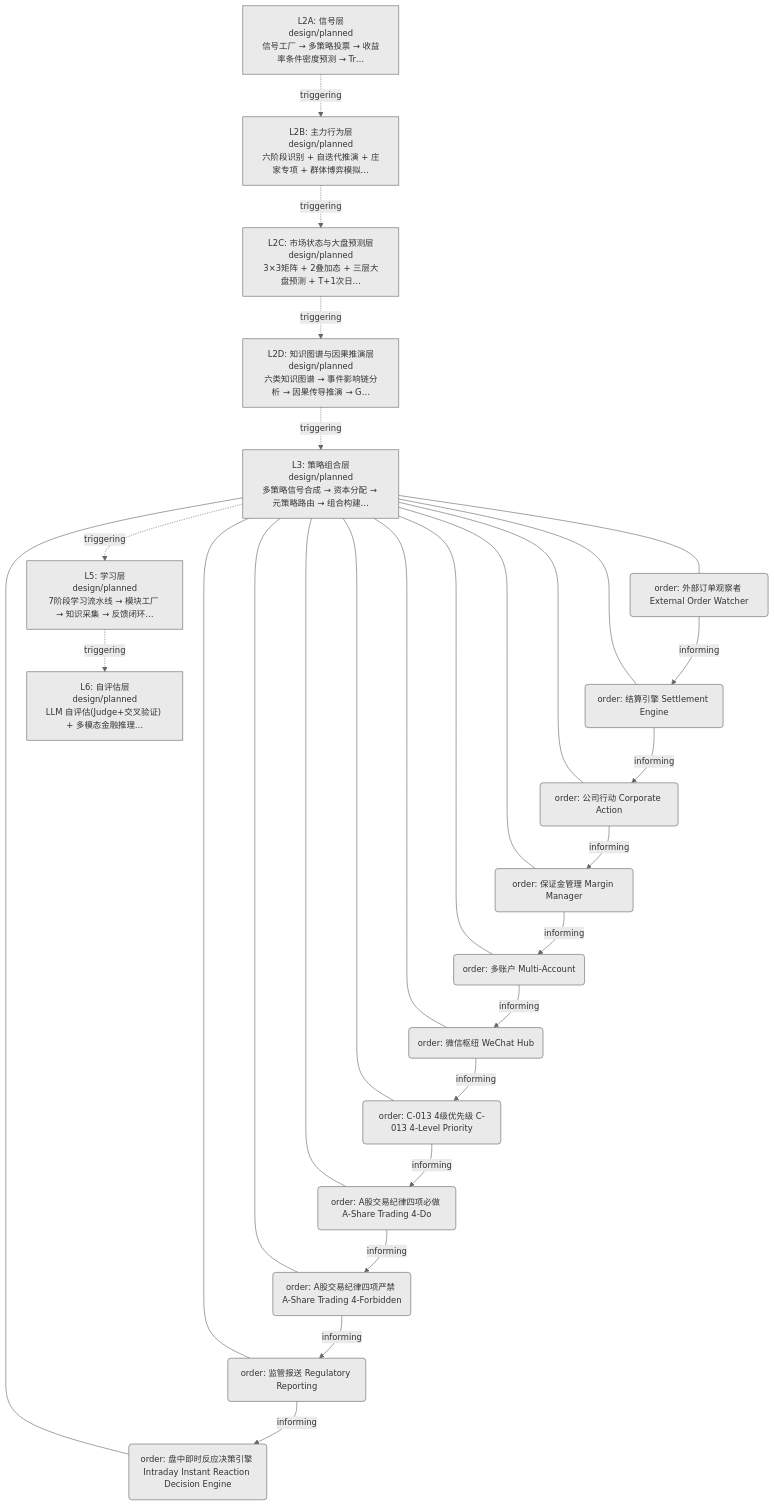
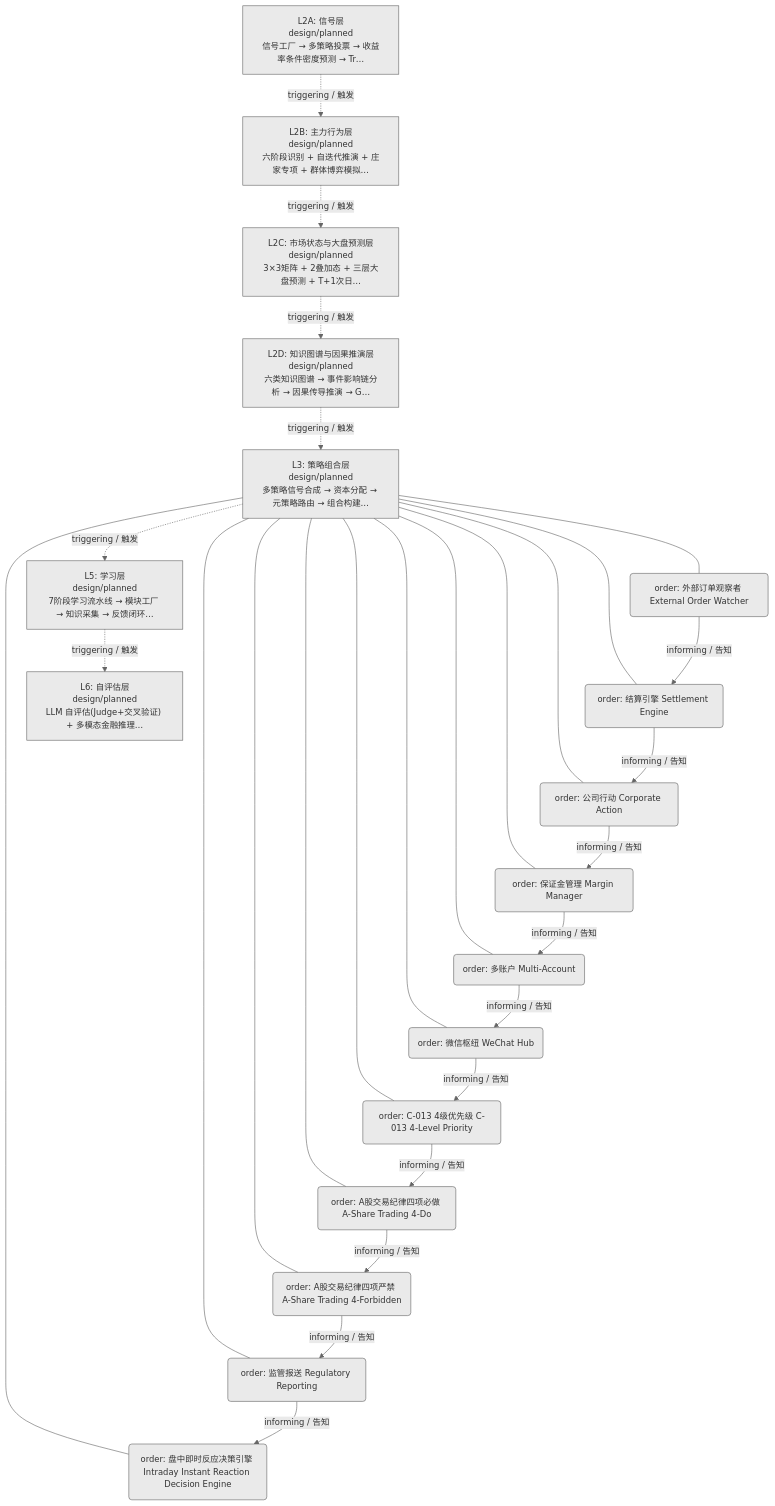
One commit to xuanFelixVan/ZephyrAlpha changed the first of 2 diagrams in docs/02_enterprise_architecture/06_decision_architecture/19_decision_l3_trading.md. Above: the diagram before and after it, drawn with Mermaid. The commit also changed other lines of this file and 23 other files, not shown here.

First line of the commit message:
feat(decision-diagram): mermaid 边标签加中文（triggering/触发 等）

````diff
--- a/docs/02_enterprise_architecture/06_decision_architecture/19_decision_l3_trading.md
+++ b/docs/02_enterprise_architecture/06_decision_architecture/19_decision_l3_trading.md
@@ -21,49 +21,49 @@
 ```mermaid
 %%{init: {'theme': 'base', 'themeVariables': {'primaryColor': '#eaeaea', 'primaryTextColor': '#333333', 'primaryBorderColor': '#666666', 'lineColor': '#666666', 'secondaryColor': '#eaeaea', 'tertiaryColor': '#eaeaea', 'fontSize': '14px'}}}%%
 flowchart TD
     LL2A["L2A: 信号层<br/>design/planned<br/>信号工厂 → 多策略投票 → 收益率条件密度预测 → Tr…"]
     LL2B["L2B: 主力行为层<br/>design/planned<br/>六阶段识别 + 自迭代推演 + 庄家专项 + 群体博弈模拟…"]
     LL2C["L2C: 市场状态与大盘预测层<br/>design/planned<br/>3×3矩阵 + 2叠加态 + 三层大盘预测 + T+1次日…"]
     LL2D["L2D: 知识图谱与因果推演层<br/>design/planned<br/>六类知识图谱 → 事件影响链分析 → 因果传导推演 → G…"]
     LL3["L3: 策略组合层<br/>design/planned<br/>多策略信号合成 → 资本分配 → 元策略路由 → 组合构建…"]
     N102("order: 外部订单观察者 External Order Watcher")
     LL3 --- N102
     N103("order: 结算引擎 Settlement Engine")
     LL3 --- N103
     N104("order: 公司行动 Corporate Action")
     LL3 --- N104
     N105("order: 保证金管理 Margin Manager")
     LL3 --- N105
     N106("order: 多账户 Multi-Account")
     LL3 --- N106
     N107("order: 微信枢纽 WeChat Hub")
     LL3 --- N107
     N108("order: C-013 4级优先级 C-013 4-Level Priority")
     LL3 --- N108
     N109("order: A股交易纪律四项必做 A-Share Trading 4-Do")
     LL3 --- N109
     N110("order: A股交易纪律四项严禁 A-Share Trading 4-Forbidden")
     LL3 --- N110
     N111("order: 监管报送 Regulatory Reporting")
     LL3 --- N111
     N112("order: 盘中即时反应决策引擎 Intraday Instant Reaction Decision Engine")
     LL3 --- N112
     LL5["L5: 学习层<br/>design/planned<br/>7阶段学习流水线 → 模块工厂 → 知识采集 → 反馈闭环…"]
     LL6["L6: 自评估层<br/>design/planned<br/>LLM 自评估(Judge+交叉验证) + 多模态金融推理…"]
-    LL2A -.->|triggering| LL2B
-    LL2B -.->|triggering| LL2C
-    LL2C -.->|triggering| LL2D
-    LL2D -.->|triggering| LL3
-    LL3 -.->|triggering| LL5
-    LL5 -.->|triggering| LL6
-    N102 -->|informing| N103
-    N103 -->|informing| N104
-    N104 -->|informing| N105
-    N105 -->|informing| N106
-    N106 -->|informing| N107
-    N107 -->|informing| N108
-    N108 -->|informing| N109
-    N109 -->|informing| N110
-    N110 -->|informing| N111
-    N111 -->|informing| N112
+    LL2A -.->|triggering / 触发| LL2B
+    LL2B -.->|triggering / 触发| LL2C
+    LL2C -.->|triggering / 触发| LL2D
+    LL2D -.->|triggering / 触发| LL3
+    LL3 -.->|triggering / 触发| LL5
+    LL5 -.->|triggering / 触发| LL6
+    N102 -->|informing / 告知| N103
+    N103 -->|informing / 告知| N104
+    N104 -->|informing / 告知| N105
+    N105 -->|informing / 告知| N106
+    N106 -->|informing / 告知| N107
+    N107 -->|informing / 告知| N108
+    N108 -->|informing / 告知| N109
+    N109 -->|informing / 告知| N110
+    N110 -->|informing / 告知| N111
+    N111 -->|informing / 告知| N112
 ```
````
